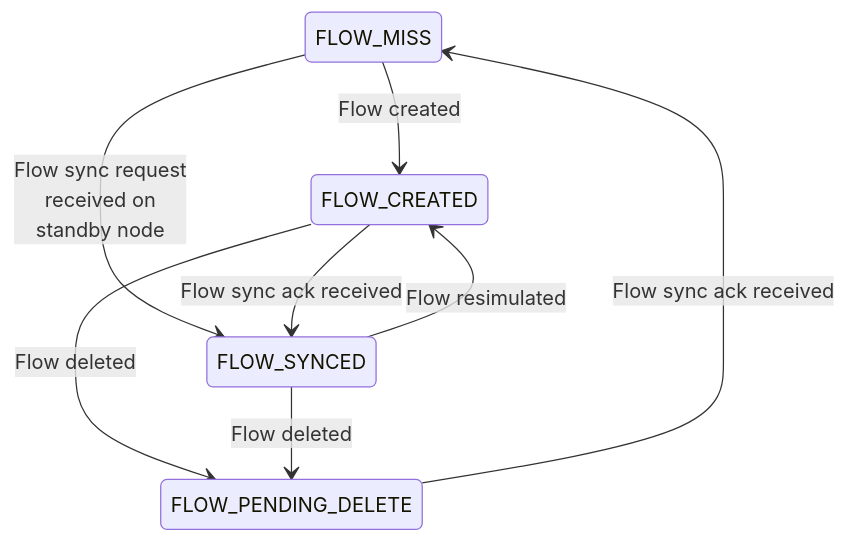
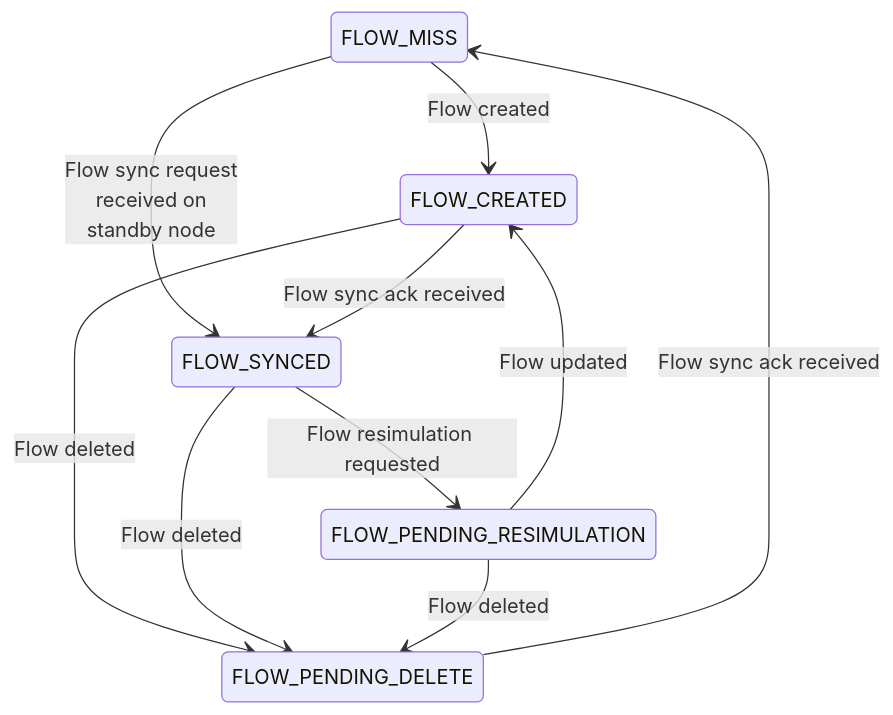
Before and after one commit to sonic-net/DASH: the first of 5 diagrams in documentation/high-avail/ha-api-hld.md, drawn with Mermaid. The commit also changed other lines of this file and 1 other file, not shown here.

Commit message:
add pending resimulatin state.

````diff
--- a/documentation/high-avail/ha-api-hld.md
+++ b/documentation/high-avail/ha-api-hld.md
@@ -145,18 +146,21 @@
 ```mermaid
 stateDiagram-v2
     M: FLOW_MISS
     C: FLOW_CREATED
     S: FLOW_SYNCED
     D: FLOW_PENDING_DELETE
+    R: FLOW_PENDING_RESIMULATION
 
     M --> C: Flow created
     M --> S: Flow sync request<br>received on<br>standby node
 
     C --> S: Flow sync ack received
-    S --> C: Flow resimulated
+    S --> R: Flow resimulation requested
+    R --> C: Flow updated
 
     C --> D: Flow deleted
     S --> D: Flow deleted
+    R --> D: Flow deleted
 
     D --> M: Flow sync ack received
 ```
````
